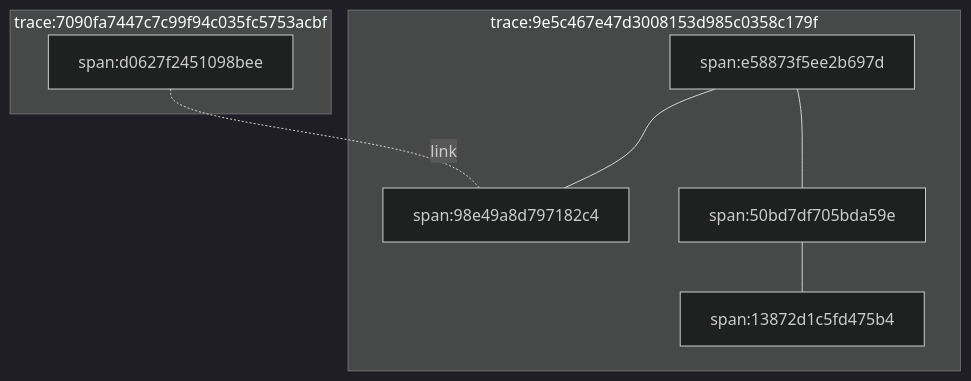
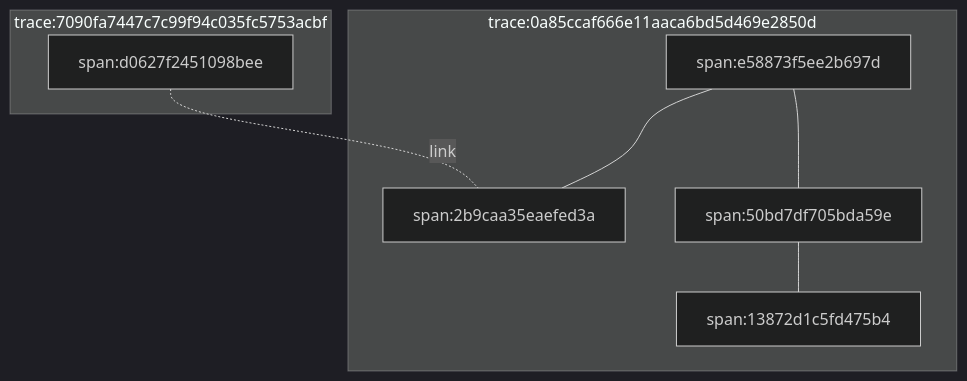
Before and after one commit to emit-rs/emit: the diagram in book/src/producing-events/tracing/links.md, drawn with Mermaid (dark theme). The commit also changed other lines of this file and 6 other files, not shown here.

````diff
--- a/book/src/producing-events/tracing/links.md
+++ b/book/src/producing-events/tracing/links.md
@@ -7,14 +7,14 @@
 ```mermaid
 flowchart TB
-    subgraph trace:9e5c467e47d3008153d985c0358c179f
+    subgraph trace:0a85ccaf666e11aaca6bd5d469e2850d
         span:e58873f5ee2b697d
-        span:e58873f5ee2b697d --- span:98e49a8d797182c4
+        span:e58873f5ee2b697d --- span:2b9caa35eaefed3a
         span:e58873f5ee2b697d --- span:50bd7df705bda59e
         span:50bd7df705bda59e --- span:13872d1c5fd475b4
     end
 
     subgraph trace:7090fa7447c7c99f94c035fc5753acbf
         span:d0627f2451098bee
-        span:d0627f2451098bee -. link .- span:98e49a8d797182c4
+        span:d0627f2451098bee -. link .- span:2b9caa35eaefed3a
     end
 ```
````
